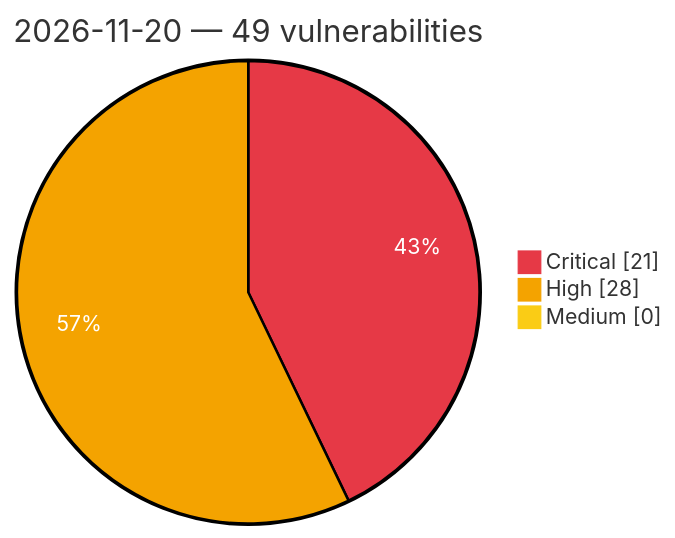
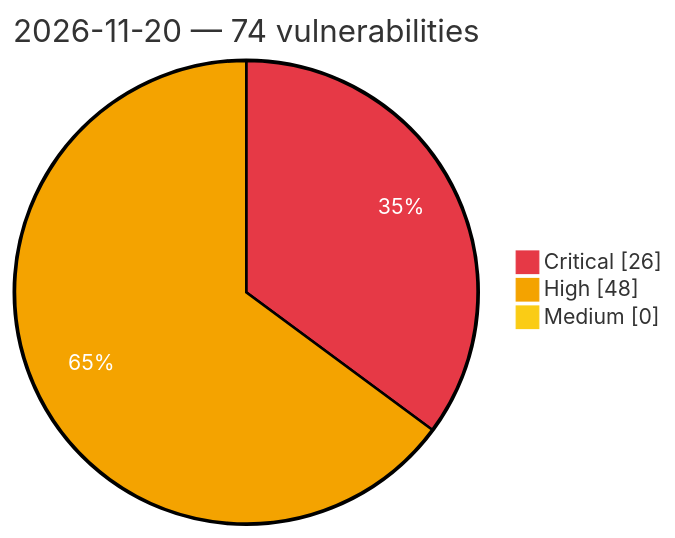
Before and after one commit to GhostX0X/vuln-tracker: the diagram in vulnerabilities/2026/November/2026-11-20.md, drawn with Mermaid. The commit also changed other lines of this file and 5 other files, not shown here.

Commit message:
Auto update: critical/high vulns (2026-11-21 00:36 UTC)

````diff
--- a/vulnerabilities/2026/November/2026-11-20.md
+++ b/vulnerabilities/2026/November/2026-11-20.md
@@ -3,8 +3,8 @@
 ```mermaid
 %%{init: {'theme':'base', 'themeVariables': {'pie1':'#e63946', 'pie2':'#f4a300', 'pie3':'#facc15', 'pieOpacity':'1', 'pieOuterStrokeWidth':'2px', 'pieSectionTextColor':'#ffffff'}}}%%
 pie showData
-    title 2026-11-20 — 49 vulnerabilities
-    "Critical" : 21
-    "High" : 28
+    title 2026-11-20 — 74 vulnerabilities
+    "Critical" : 26
+    "High" : 48
     "Medium" : 0
 ```
````
